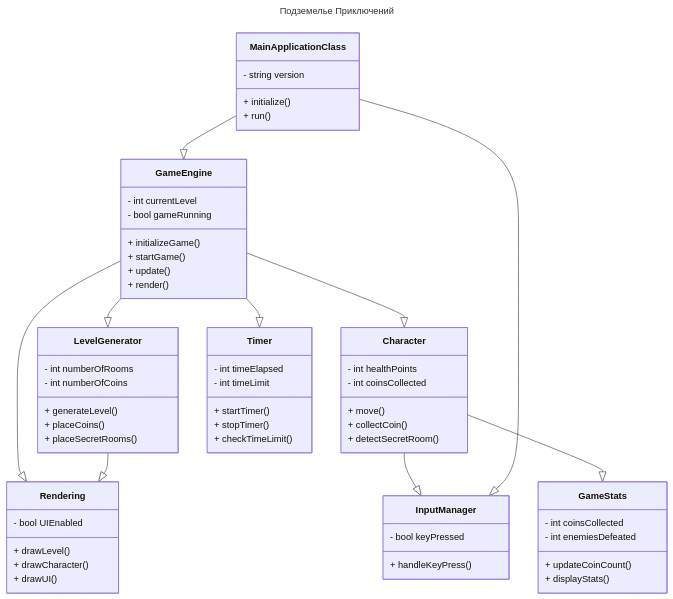
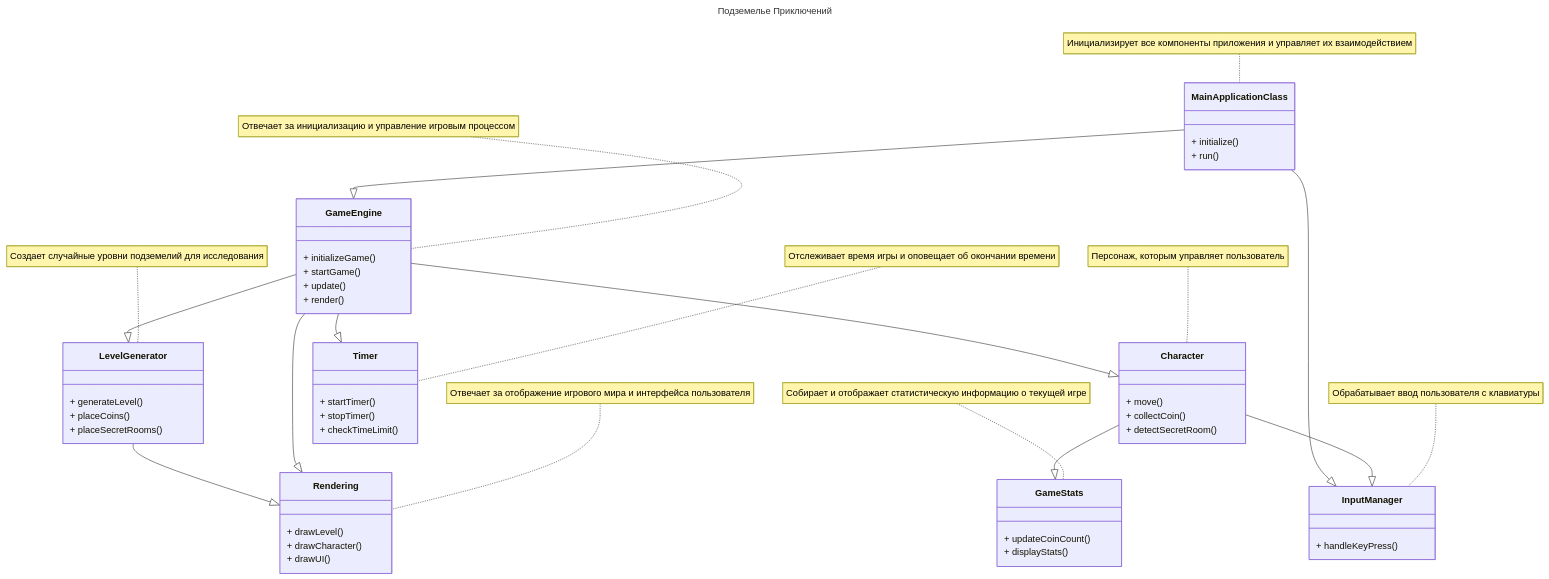
One commit to EgorVarshutin22107/laughing-potato changed the diagram in docs/struct.md. Above: the diagram before and after it, drawn with Mermaid. The commit also changed other lines of this file, not shown here.

Commit message:
Добавил описание

````diff
--- a/docs/struct.md
+++ b/docs/struct.md
@@ -1,67 +6,62 @@
 ```mermaid
 ---
 title: Подземелье Приключений
 ---
-
 classDiagram 
     class GameEngine {
         + initializeGame()
         + startGame()
         + update()
         + render()
-        - int currentLevel
-        - bool gameRunning
     }
     class LevelGenerator {
         + generateLevel()
         + placeCoins()
         + placeSecretRooms()
-        - int numberOfRooms
-        - int numberOfCoins
     }
     class Character {
         + move()
         + collectCoin()
         + detectSecretRoom()
-        - int healthPoints
-        - int coinsCollected
     }
     class Timer {
         + startTimer()
         + stopTimer()
         + checkTimeLimit()
-        - int timeElapsed
-        - int timeLimit
     }
     class Rendering {
         + drawLevel()
         + drawCharacter()
         + drawUI()
-        - bool UIEnabled
     }
     class InputManager {
         + handleKeyPress()
-        - bool keyPressed
     }
     class GameStats {
         + updateCoinCount()
         + displayStats()
-        - int coinsCollected
-        - int enemiesDefeated
     }
     class MainApplicationClass {
         + initialize()
         + run()
-        - string version
     }
 
+    note for Character "Персонаж, которым управляет пользователь"
+    note for LevelGenerator "Создает случайные уровни подземелий для исследования"
+    note for GameEngine "Отвечает за инициализацию и управление игровым процессом"
+    note for Timer "Отслеживает время игры и оповещает об окончании времени"
+    note for Rendering "Отвечает за отображение игрового мира и интерфейса пользователя"
+    note for InputManager "Обрабатывает ввод пользователя с клавиатуры"
+    note for GameStats "Собирает и отображает статистическую информацию о текущей игре"
+    note for MainApplicationClass "Инициализирует все компоненты приложения и управляет их взаимодействием"
     GameEngine --|> LevelGenerator
     GameEngine --|> Character
     GameEngine --|> Rendering
     GameEngine --|> Timer
     LevelGenerator --|> Rendering
     Character --|> InputManager
     Character --|> GameStats
     MainApplicationClass --|> GameEngine
     MainApplicationClass --|> InputManager
+
 ```
````
